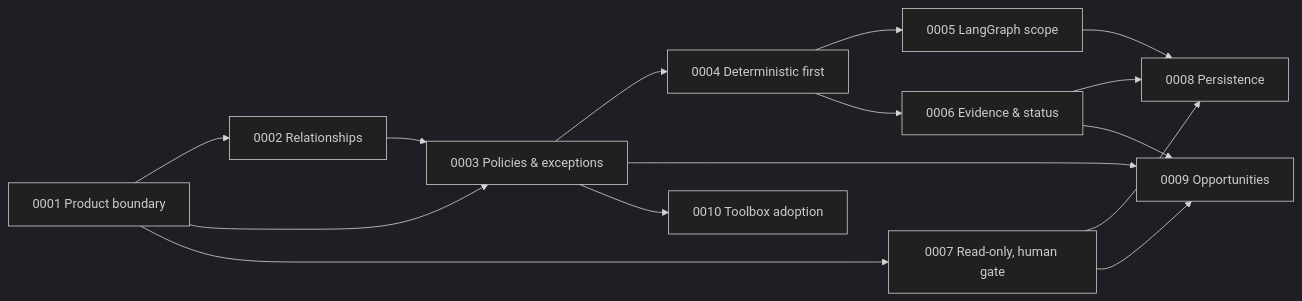
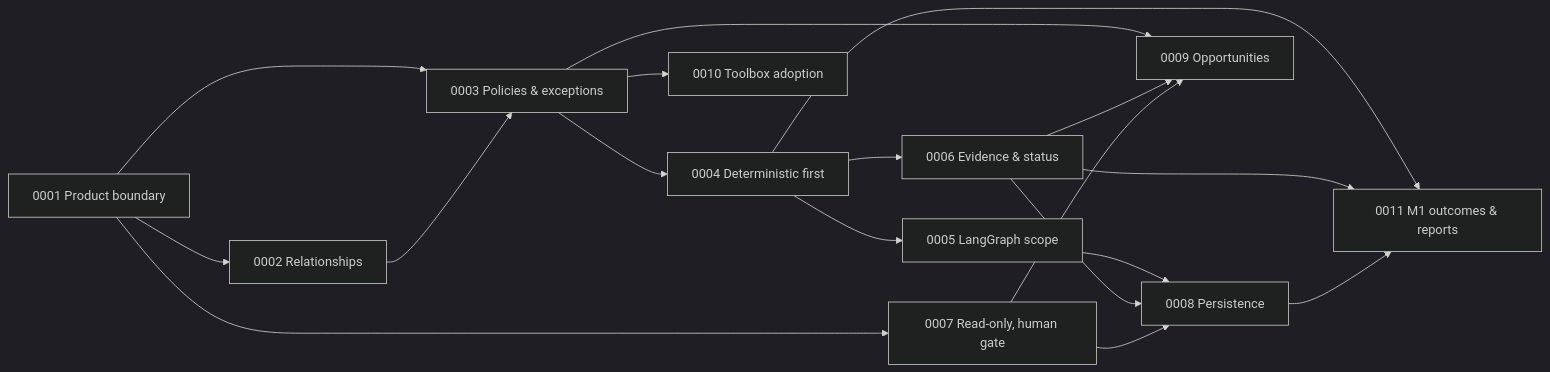
The diagram in docs/adr/README.md (koydas/repo-orchestrator), drawn with Mermaid (dark theme) before and after one commit. The commit also changed other lines of this file and 17 other files, not shown here.

````diff
--- a/docs/adr/README.md
+++ b/docs/adr/README.md
@@ -24,17 +25,20 @@
 ```mermaid
 flowchart LR
     A1["0001 Product boundary"] --> A2["0002 Relationships"]
     A1 --> A3["0003 Policies & exceptions"]
     A2 --> A3
     A3 --> A4["0004 Deterministic first"]
     A4 --> A5["0005 LangGraph scope"]
     A4 --> A6["0006 Evidence & status"]
     A1 --> A7["0007 Read-only, human gate"]
     A5 --> A8["0008 Persistence"]
     A6 --> A8
     A7 --> A8
     A3 --> A9["0009 Opportunities"]
     A6 --> A9
     A7 --> A9
     A3 --> A10["0010 Toolbox adoption"]
+    A4 --> A11["0011 M1 outcomes & reports"]
+    A6 --> A11
+    A8 --> A11
 ```
````
